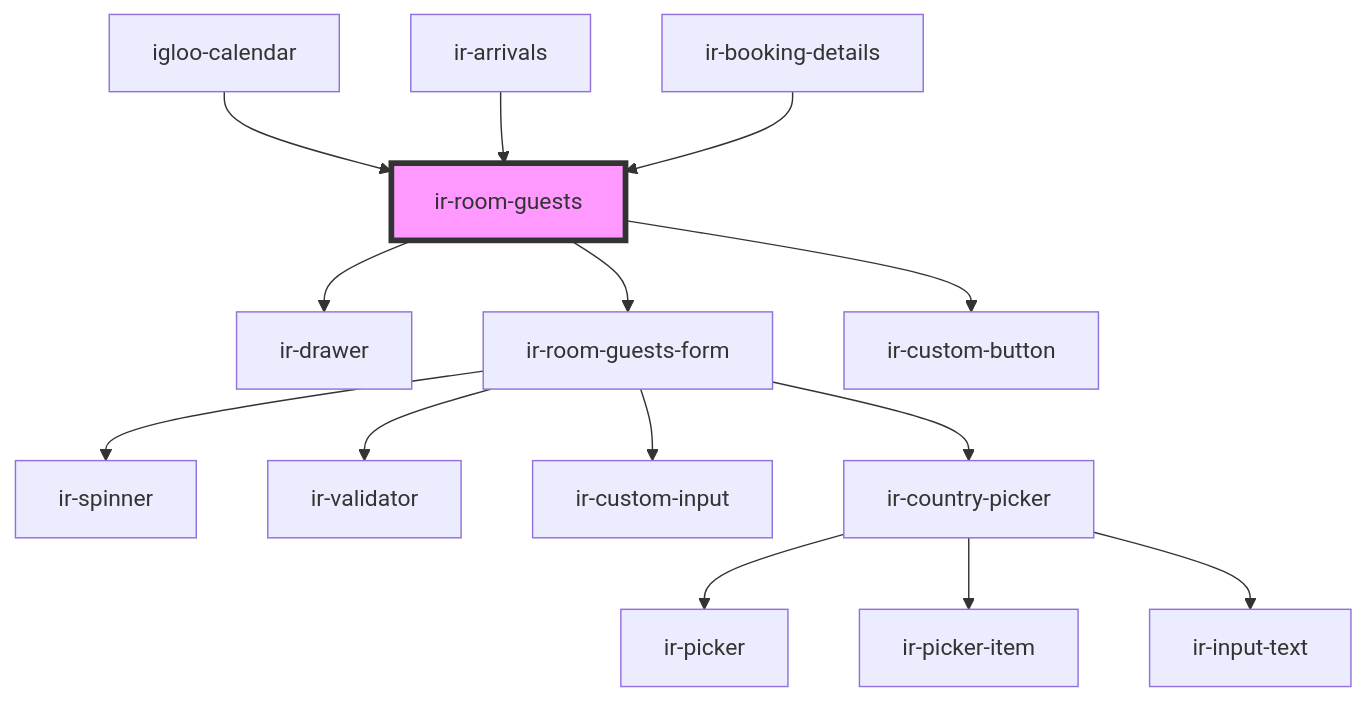
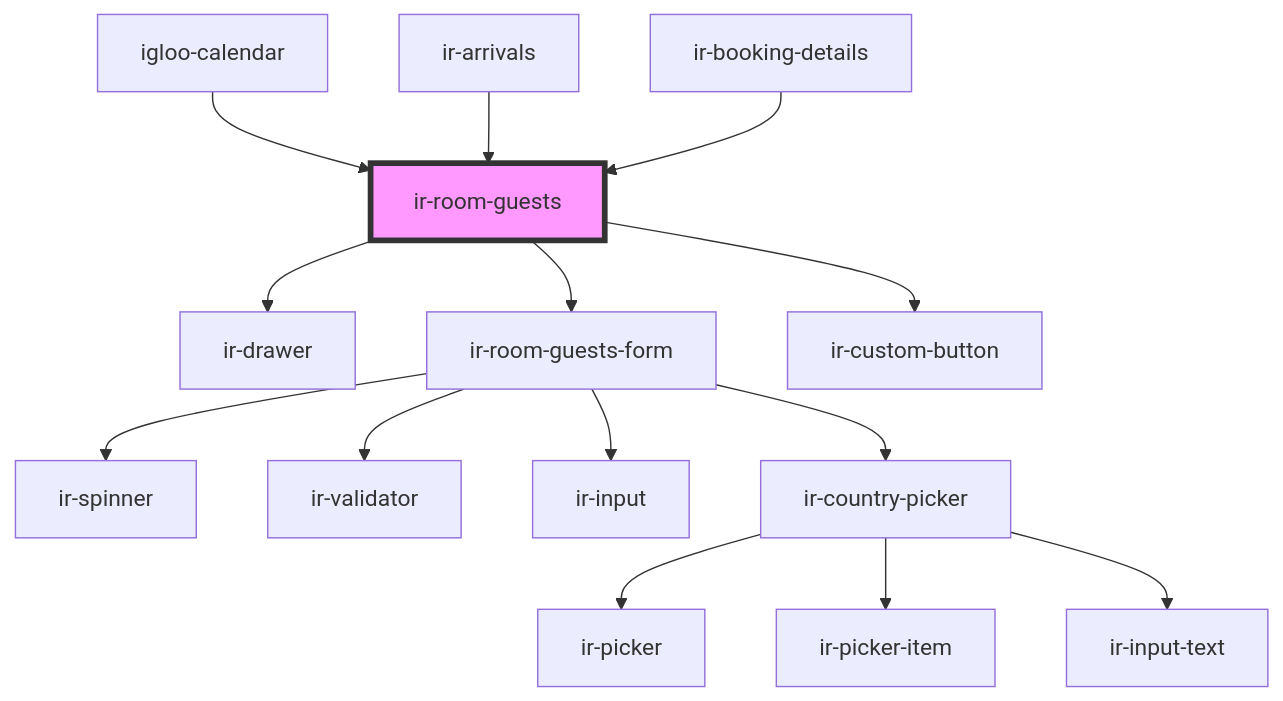
Before and after one commit to David1Chowaifaty/modified-ir-webcmp: the diagram in src/components/ir-booking-details/ir-room-guests/readme.md, drawn with Mermaid. The commit also changed 38 other files, not shown here.

````diff
--- a/src/components/ir-booking-details/ir-room-guests/readme.md
+++ b/src/components/ir-booking-details/ir-room-guests/readme.md
@@ -45,17 +45,17 @@
 ```mermaid
 graph TD;
   ir-room-guests --> ir-drawer
   ir-room-guests --> ir-room-guests-form
   ir-room-guests --> ir-custom-button
   ir-room-guests-form --> ir-spinner
   ir-room-guests-form --> ir-validator
-  ir-room-guests-form --> ir-custom-input
+  ir-room-guests-form --> ir-input
   ir-room-guests-form --> ir-country-picker
   ir-country-picker --> ir-picker
   ir-country-picker --> ir-picker-item
   ir-country-picker --> ir-input-text
   igloo-calendar --> ir-room-guests
   ir-arrivals --> ir-room-guests
   ir-booking-details --> ir-room-guests
   style ir-room-guests fill:#f9f,stroke:#333,stroke-width:4px
 ```
````
